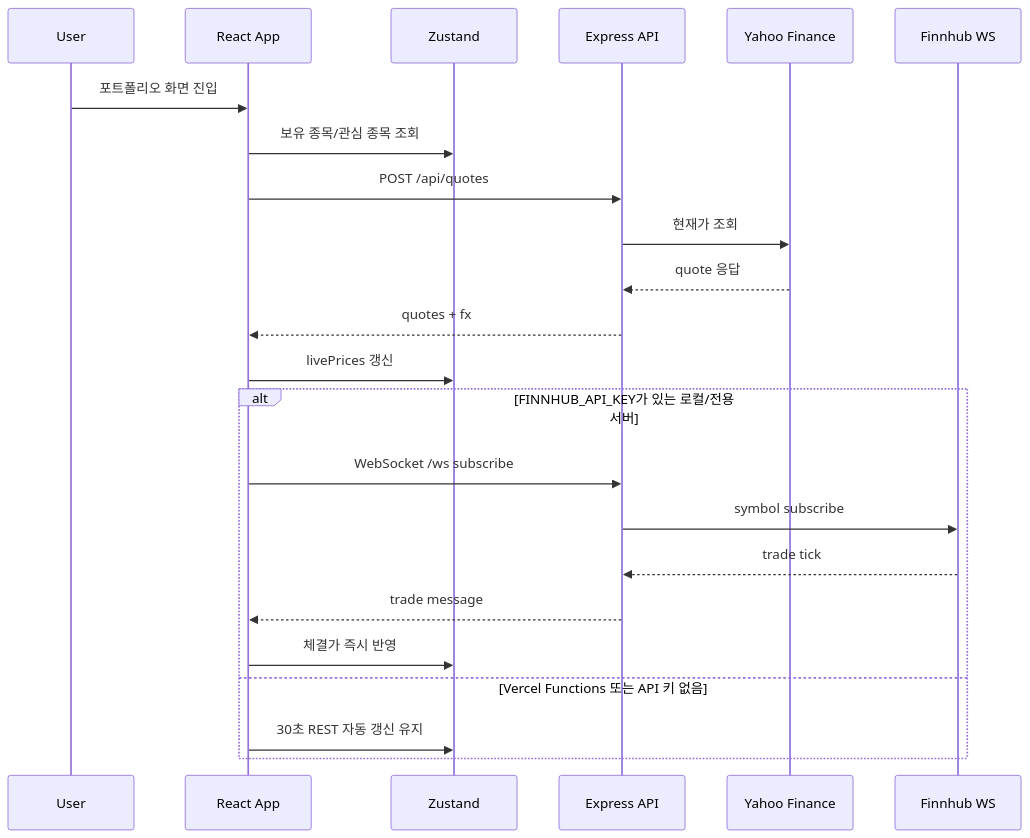
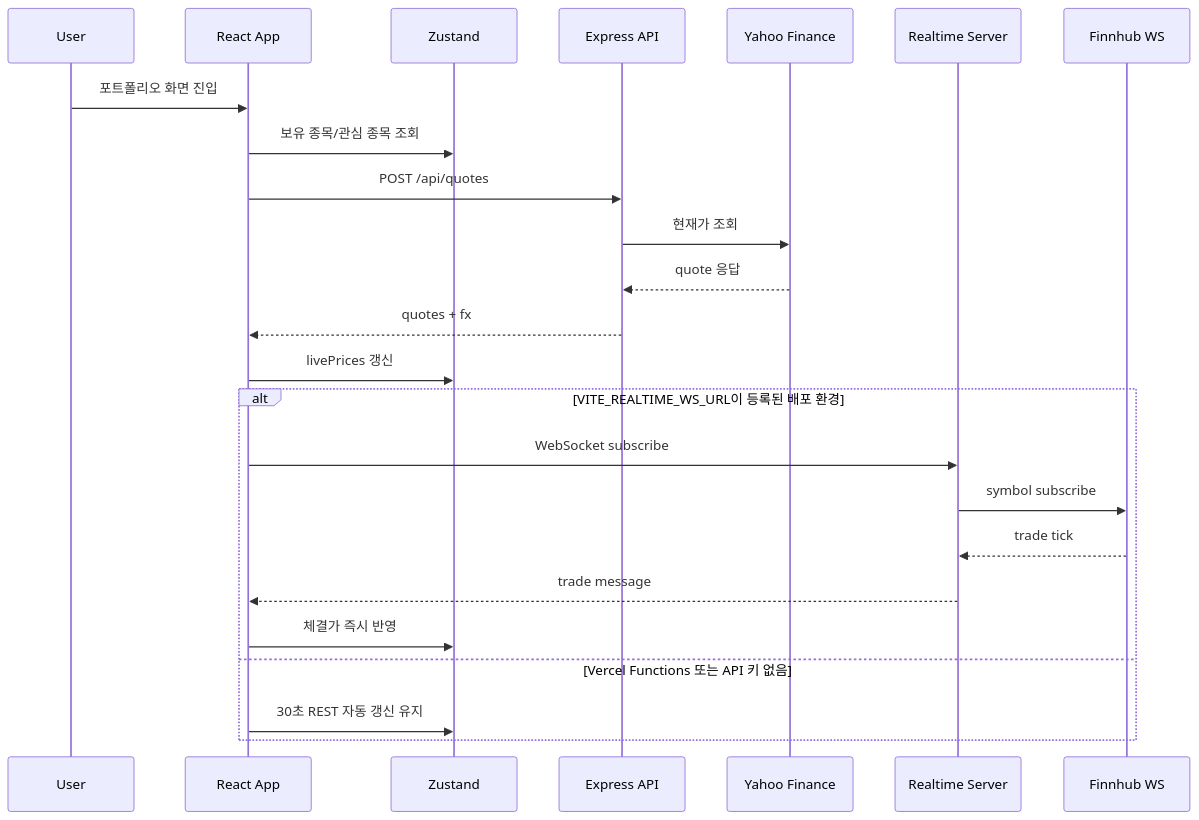
Before and after one commit to amuldi/Moayo_SmartPortfolio: the second of 2 diagrams in README.md, drawn with Mermaid. The commit also changed other lines of this file and 15 other files, not shown here.

````diff
--- a/README.md
+++ b/README.md
@@ -86,27 +86,28 @@
 ```mermaid
 sequenceDiagram
   participant U as User
   participant R as React App
   participant S as Zustand
   participant A as Express API
   participant Y as Yahoo Finance
+  participant W as Realtime Server
   participant F as Finnhub WS
 
   U->>R: 포트폴리오 화면 진입
   R->>S: 보유 종목/관심 종목 조회
   R->>A: POST /api/quotes
   A->>Y: 현재가 조회
   Y-->>A: quote 응답
   A-->>R: quotes + fx
   R->>S: livePrices 갱신
 
-  alt FINNHUB_API_KEY가 있는 로컬/전용 서버
-    R->>A: WebSocket /ws subscribe
-    A->>F: symbol subscribe
-    F-->>A: trade tick
-    A-->>R: trade message
+  alt VITE_REALTIME_WS_URL이 등록된 배포 환경
+    R->>W: WebSocket subscribe
+    W->>F: symbol subscribe
+    F-->>W: trade tick
+    W-->>R: trade message
     R->>S: 체결가 즉시 반영
   else Vercel Functions 또는 API 키 없음
     R->>S: 30초 REST 자동 갱신 유지
   end
 ```
````
